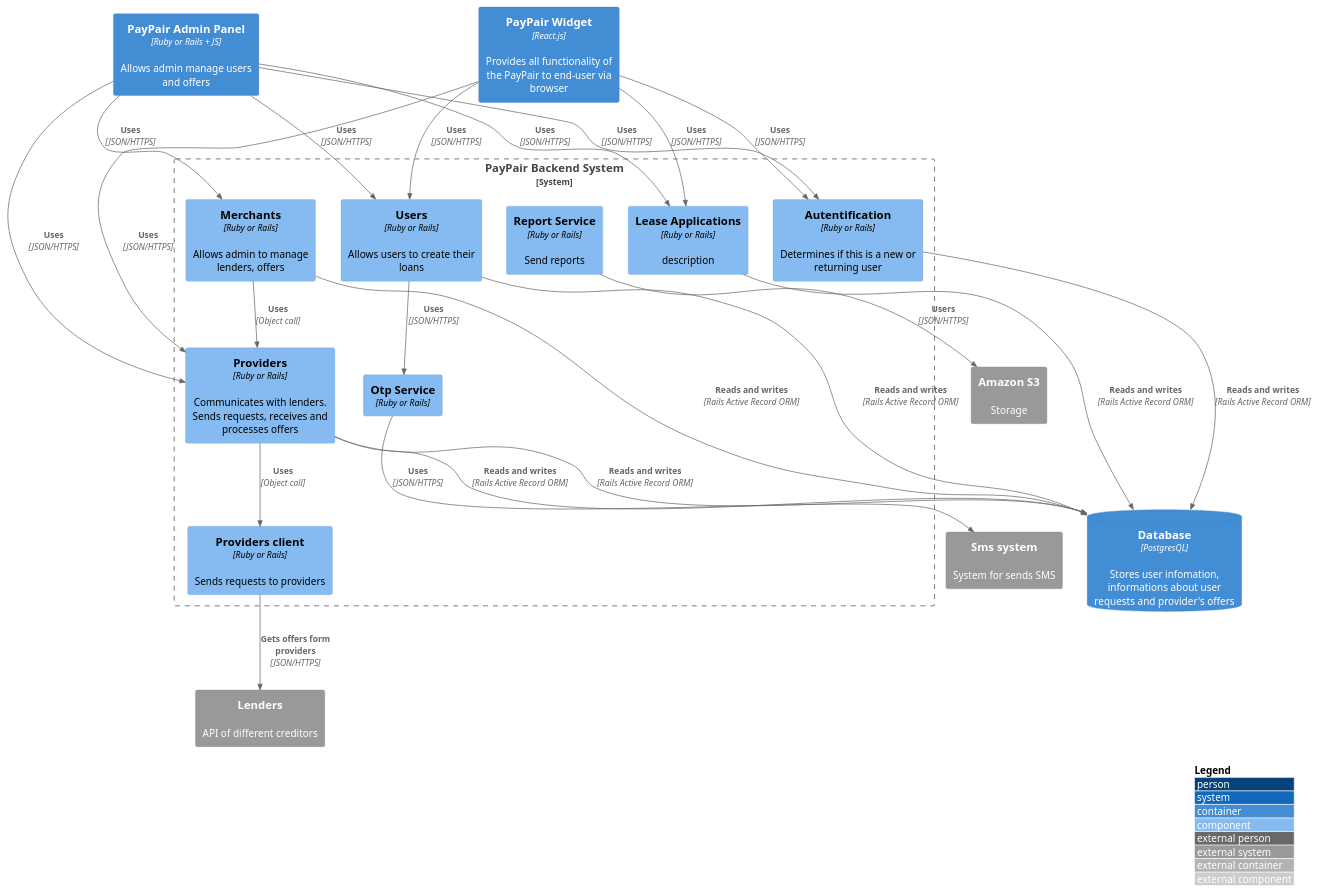
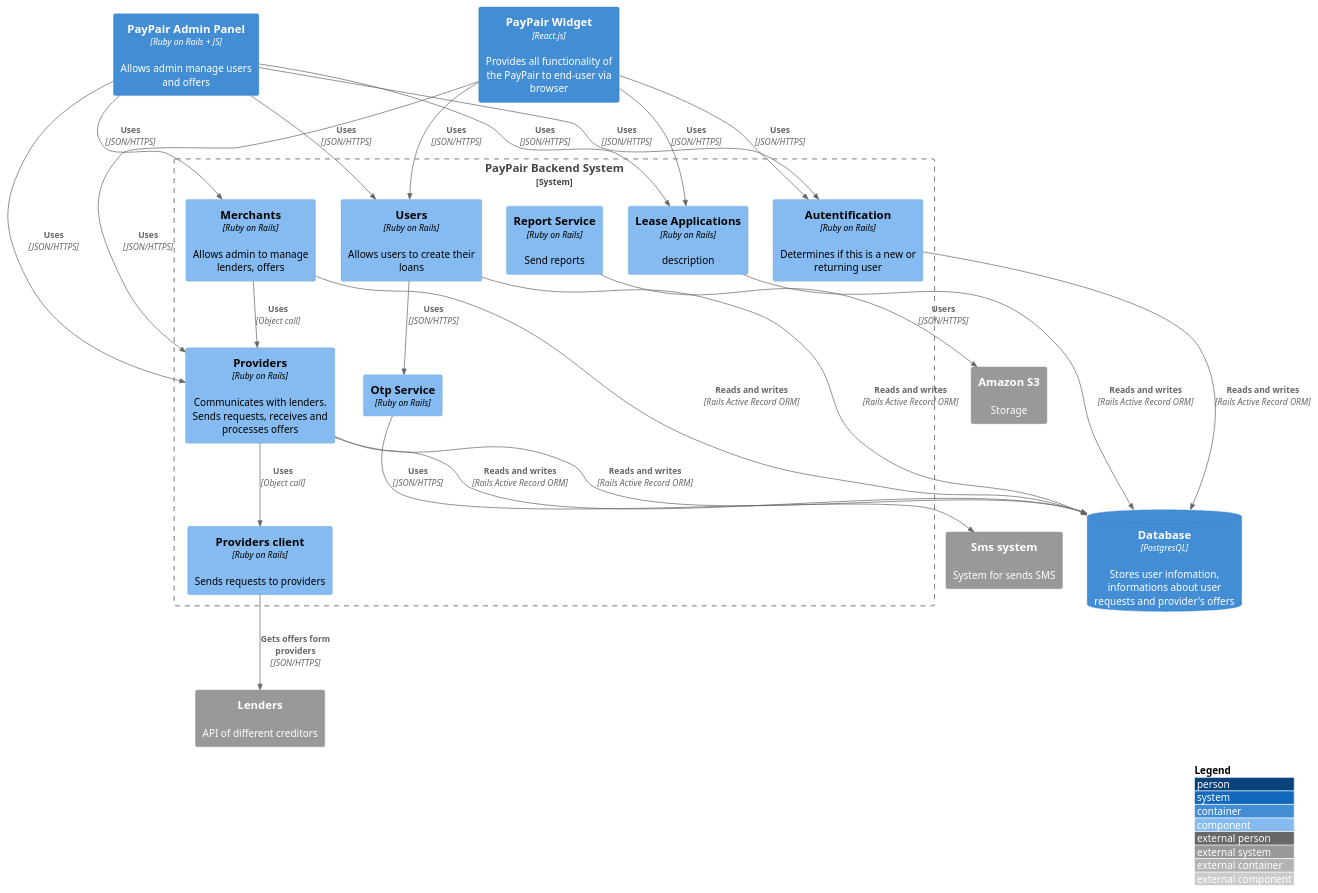
Before and after one commit to artsiomivanets/docs: the diagram in src/1.3 Diagrams for PayPair/1.3.3 Components Diagram/context.puml, drawn with PlantUML. The commit also changed 60 other files, not shown here.

```diff
--- a/src/1.3 Diagrams for PayPair/1.3.3 Components Diagram/context.puml
+++ b/src/1.3 Diagrams for PayPair/1.3.3 Components Diagram/context.puml
@@ -1,51 +1,51 @@
 @startuml
 !include https://raw.githubusercontent.com/adrianvlupu/C4-PlantUML/latest/C4_Container.puml
 !include https://raw.githubusercontent.com/adrianvlupu/C4-PlantUML/latest/C4_Component.puml
 
 LAYOUT_WITH_LEGEND()
 
 Container(pp_fe_app, "PayPair Widget", "React.js", "Provides all functionality of the PayPair to end-user via browser")
-Container(pp_admin_panel, "PayPair Admin Panel", "Ruby or Rails + JS", "Allows admin manage users and offers")
+Container(pp_admin_panel, "PayPair Admin Panel", "Ruby on Rails + JS", "Allows admin manage users and offers")
 ContainerDb(db, "Database", "PostgresQL", "Stores user infomation, informations about user requests and provider's offers")
 System_Ext(lenders, "Lenders", "API of different creditors")
 System_Ext(sms, "Sms system", "System for sends SMS")
 System_Ext(amazon, "Amazon S3", "Storage")
 
 System_Boundary(pp_system, "PayPair Backend System") {
-    Component(providers, "Providers", "Ruby or Rails", "Communicates with lenders. Sends requests, receives and processes offers")
-    Component(users, "Users", "Ruby or Rails", "Allows users to create their loans")
-    Component(merchants, "Merchants", "Ruby or Rails", "Allows admin to manage lenders, offers")
-    Component(lease_applications, "Lease Applications", "Ruby or Rails", "description")
-    Component(provider_clients, "Providers client", "Ruby or Rails", "Sends requests to providers")
-    Component(autentification, "Autentification", "Ruby or Rails", "Determines if this is a new or returning user")
-    Component(opt, "Otp Service", "Ruby or Rails")
-    Component(report, "Report Service", "Ruby or Rails", "Send reports")
+    Component(providers, "Providers", "Ruby on Rails", "Communicates with lenders. Sends requests, receives and processes offers")
+    Component(users, "Users", "Ruby on Rails", "Allows users to create their loans")
+    Component(merchants, "Merchants", "Ruby on Rails", "Allows admin to manage lenders, offers")
+    Component(lease_applications, "Lease Applications", "Ruby on Rails", "description")
+    Component(provider_clients, "Providers client", "Ruby on Rails", "Sends requests to providers")
+    Component(autentification, "Autentification", "Ruby on Rails", "Determines if this is a new or returning user")
+    Component(opt, "Otp Service", "Ruby on Rails")
+    Component(report, "Report Service", "Ruby on Rails", "Send reports")
 }
 
 Rel(provider_clients, lenders, "Gets offers form providers", "JSON/HTTPS")
 Rel(opt, sms, "Uses", "JSON/HTTPS")
 
 Rel(pp_fe_app, users, "Uses", "JSON/HTTPS")
 Rel(pp_fe_app, providers, "Uses", "JSON/HTTPS")
 Rel(pp_fe_app, lease_applications, "Uses", "JSON/HTTPS")
 Rel(pp_fe_app, autentification, "Uses", "JSON/HTTPS")
 Rel(users, opt, "Uses", "JSON/HTTPS")
 
 Rel(pp_admin_panel, merchants, "Uses", "JSON/HTTPS")
 Rel(pp_admin_panel, users, "Uses", "JSON/HTTPS")
 Rel(pp_admin_panel, providers, "Uses", "JSON/HTTPS")
 Rel(pp_admin_panel, lease_applications, "Uses", "JSON/HTTPS")
 Rel(pp_admin_panel, autentification, "Uses", "JSON/HTTPS")
 
 Rel(merchants, providers, "Uses", "Object call")
 
 Rel(providers, provider_clients, "Uses", "Object call")
 
 Rel(providers, db, "Reads and writes", "Rails Active Record ORM")
 Rel(users, db, "Reads and writes", "Rails Active Record ORM")
 Rel(lease_applications, db, "Reads and writes", "Rails Active Record ORM")
 Rel(merchants, db, "Reads and writes", "Rails Active Record ORM")
 Rel(providers, db, "Reads and writes", "Rails Active Record ORM")
 Rel(autentification, db, "Reads and writes", "Rails Active Record ORM")
 Rel(report, amazon, "Users", "JSON/HTTPS")
 @enduml
```
